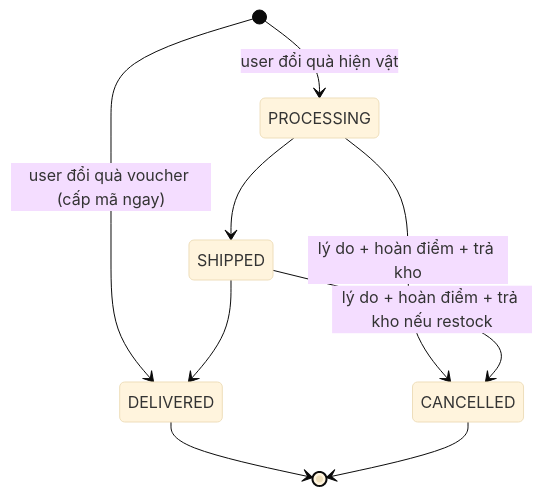
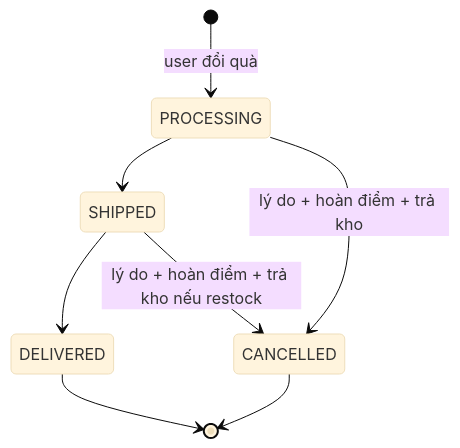
Before and after one commit to DOAN2-UQT-KN/ecolink-docs: diagram 13 of 16 in 04-state-machines.md, drawn with Mermaid (base theme). The commit also changed other lines of this file and 8 other files, not shown here.

````diff
--- a/04-state-machines.md
+++ b/04-state-machines.md
@@ -410,11 +410,10 @@
 ```mermaid
 stateDiagram-v2
-  [*] --> PROCESSING: user đổi quà hiện vật
-  [*] --> DELIVERED: user đổi quà voucher (cấp mã ngay)
+  [*] --> PROCESSING: user đổi quà
   PROCESSING --> SHIPPED
   PROCESSING --> CANCELLED: lý do + hoàn điểm + trả kho
   SHIPPED --> DELIVERED
   SHIPPED --> CANCELLED: lý do + hoàn điểm + trả kho nếu restock
   DELIVERED --> [*]
   CANCELLED --> [*]
 ```
````
